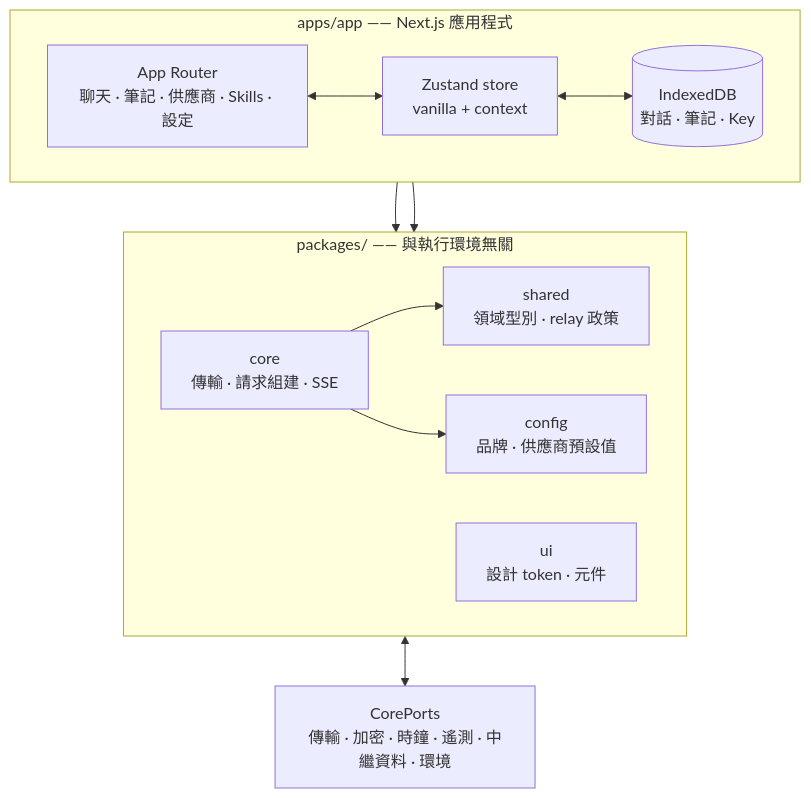
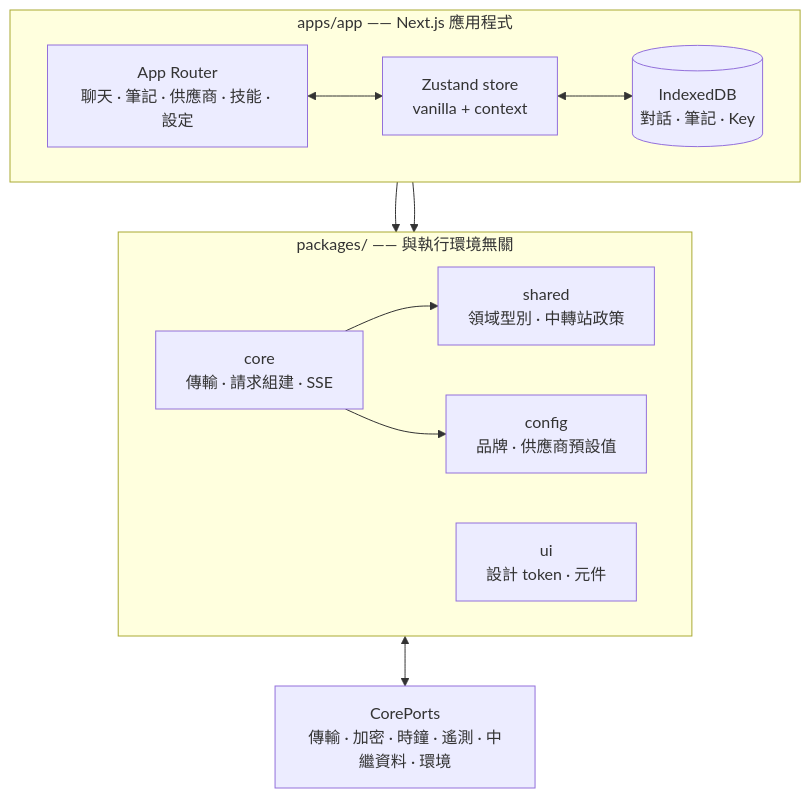
Before and after one commit to oriveo/oriveo: the second of 2 diagrams in readme_i18n/zh-Hant/web.md, drawn with Mermaid. The commit also changed other lines of this file and 89 other files, not shown here.

````diff
--- a/readme_i18n/zh-Hant/web.md
+++ b/readme_i18n/zh-Hant/web.md
@@ -110,25 +111,25 @@
 ```mermaid
 flowchart TB
     subgraph app ["apps/app —— Next.js 應用程式"]
         direction LR
-        routes["App Router<br/>聊天 · 筆記 · 供應商 · Skills · 設定"]
+        routes["App Router<br/>聊天 · 筆記 · 供應商 · 技能 · 設定"]
         store["Zustand store<br/>vanilla + context"]
         idb[("IndexedDB<br/>對話 · 筆記 · Key")]
     end
 
     subgraph pkgs ["packages/ —— 與執行環境無關"]
         direction LR
         core["core<br/>傳輸 · 請求組建 · SSE"]
-        shared["shared<br/>領域型別 · relay 政策"]
+        shared["shared<br/>領域型別 · 中轉站政策"]
         ui["ui<br/>設計 token · 元件"]
         config["config<br/>品牌 · 供應商預設值"]
     end
 
     ports["CorePorts<br/>傳輸 · 加密 · 時鐘 · 遙測 · 中繼資料 · 環境"]
 
     routes <--> store <--> idb
     store --> core
     core --> shared & config
     routes --> ui
     core <--> ports
 ```
````
